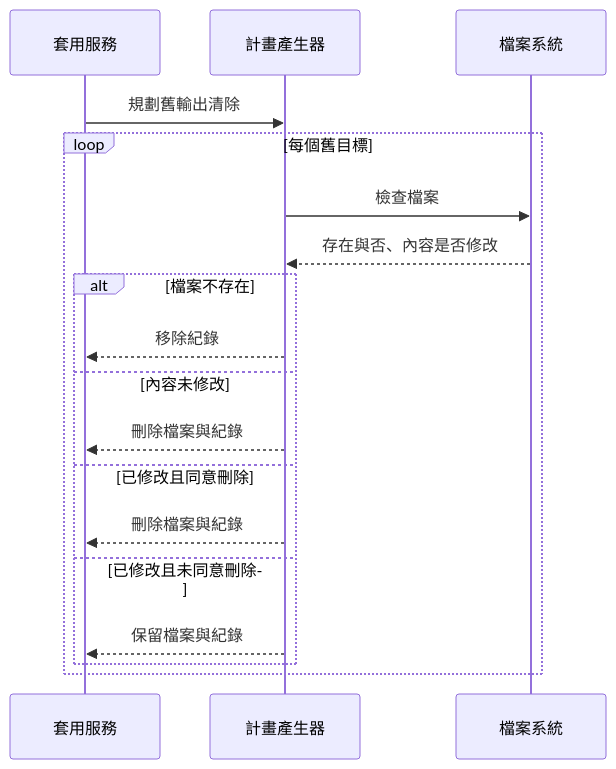
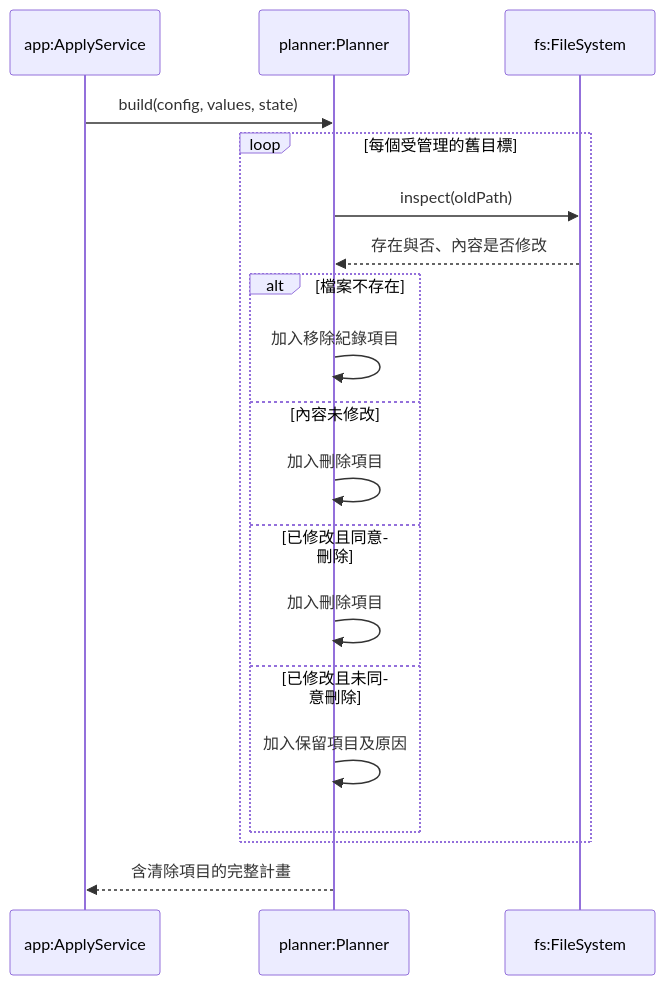
The eighth of 10 diagrams in docs/03-preliminary-design/uml.md (accidental-two-timer-sam-woof/rosamta-waterfall), drawn with Mermaid before and after one commit. The commit also changed other lines of this file, not shown here.

Commit message:
docs: fix UML consistency with SRS

````diff
--- a/docs/03-preliminary-design/uml.md
+++ b/docs/03-preliminary-design/uml.md
@@ -336,23 +344,21 @@
 ```mermaid
 sequenceDiagram
-    participant A as 套用服務
-    participant P as 計畫產生器
-    participant F as 檔案系統
-
-    A->>P: 規劃舊輸出清除
-
-    loop 每個舊目標
-        P->>F: 檢查檔案
+    participant A as app:ApplyService
+    participant P as planner:Planner
+    participant F as fs:FileSystem
+    A->>P: build(config, values, state)
+    loop 每個受管理的舊目標
+        P->>F: inspect(oldPath)
         F-->>P: 存在與否、內容是否修改
-
         alt 檔案不存在
-            P-->>A: 移除紀錄
+            P->>P: 加入移除紀錄項目
         else 內容未修改
-            P-->>A: 刪除檔案與紀錄
+            P->>P: 加入刪除項目
         else 已修改且同意刪除
-            P-->>A: 刪除檔案與紀錄
+            P->>P: 加入刪除項目
         else 已修改且未同意刪除
-            P-->>A: 保留檔案與紀錄
+            P->>P: 加入保留項目及原因
         end
     end
+    P-->>A: 含清除項目的完整計畫
 ```
````
